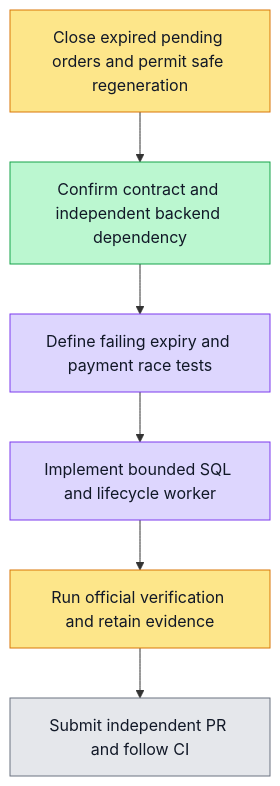
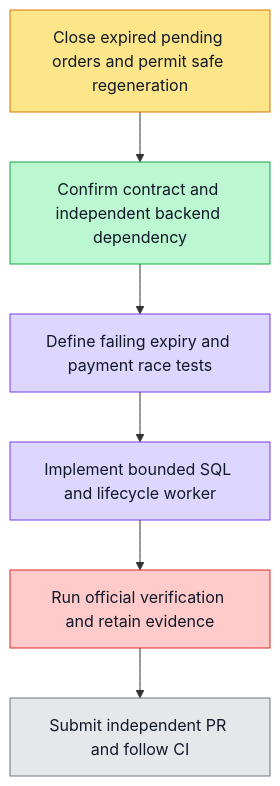
Before and after one commit to boardx/workspacex: the diagram in phases/phase-21-billing-payment/sprints/sprint-07/plans/F07.plan.md, drawn with Mermaid. The commit also changed 6 other files, not shown here.

Commit message:
docs(billing): retain validator failure and cancelled formal gate evidence

````diff
--- a/phases/phase-21-billing-payment/sprints/sprint-07/plans/F07.plan.md
+++ b/phases/phase-21-billing-payment/sprints/sprint-07/plans/F07.plan.md
@@ -7,24 +7,25 @@
 ```mermaid
 flowchart TD
   G[Close expired pending orders and permit safe regeneration]
   S1[Confirm contract and independent backend dependency]
   S2[Define failing expiry and payment race tests]
   S3[Implement bounded SQL and lifecycle worker]
   S4[Run official verification and retain evidence]
   S5[Submit independent PR and follow CI]
   G --> S1 --> S2 --> S3 --> S4 --> S5
 
   classDef todo fill:#e5e7eb,stroke:#6b7280,color:#111827
   classDef doing fill:#fde68a,stroke:#d97706,color:#111827
   classDef done fill:#bbf7d0,stroke:#16a34a,color:#111827
   classDef tested fill:#ddd6fe,stroke:#7c3aed,color:#111827
   classDef blocked fill:#fecaca,stroke:#dc2626,color:#111827
   class G doing
   class S1 done
   class S2 tested
   %% evidence S2: evidence/F07.red.log and evidence/F07.first-focused-failed.log
   class S3 tested
   %% evidence S3: evidence/F07.reordered-focused.log - 129 assertions on source69402b4
-  class S4 doing
+  class S4 blocked
+  %% blocked S4: New source0579448 API whiteboard5000-object validator unavailable; remaining tasks cancelled, outer130. See evidence/F07.validator-failed-api.log.
   class S5 todo
 ```
````
